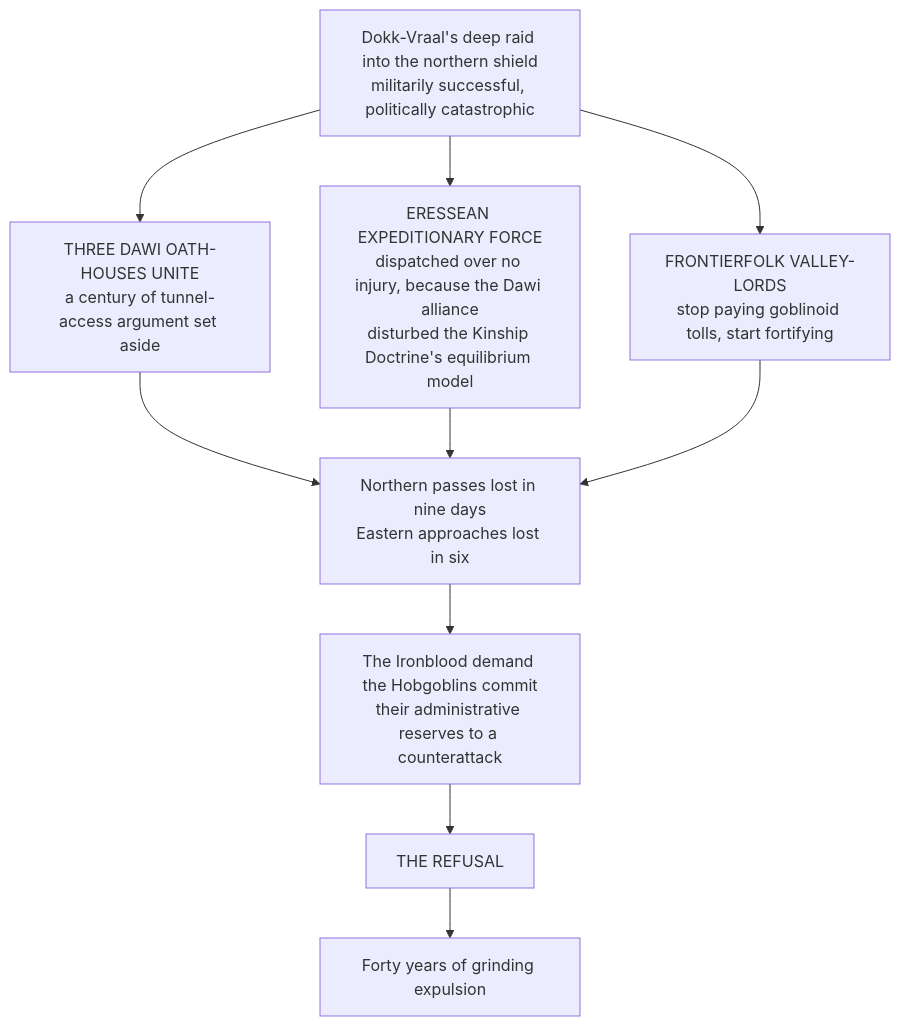
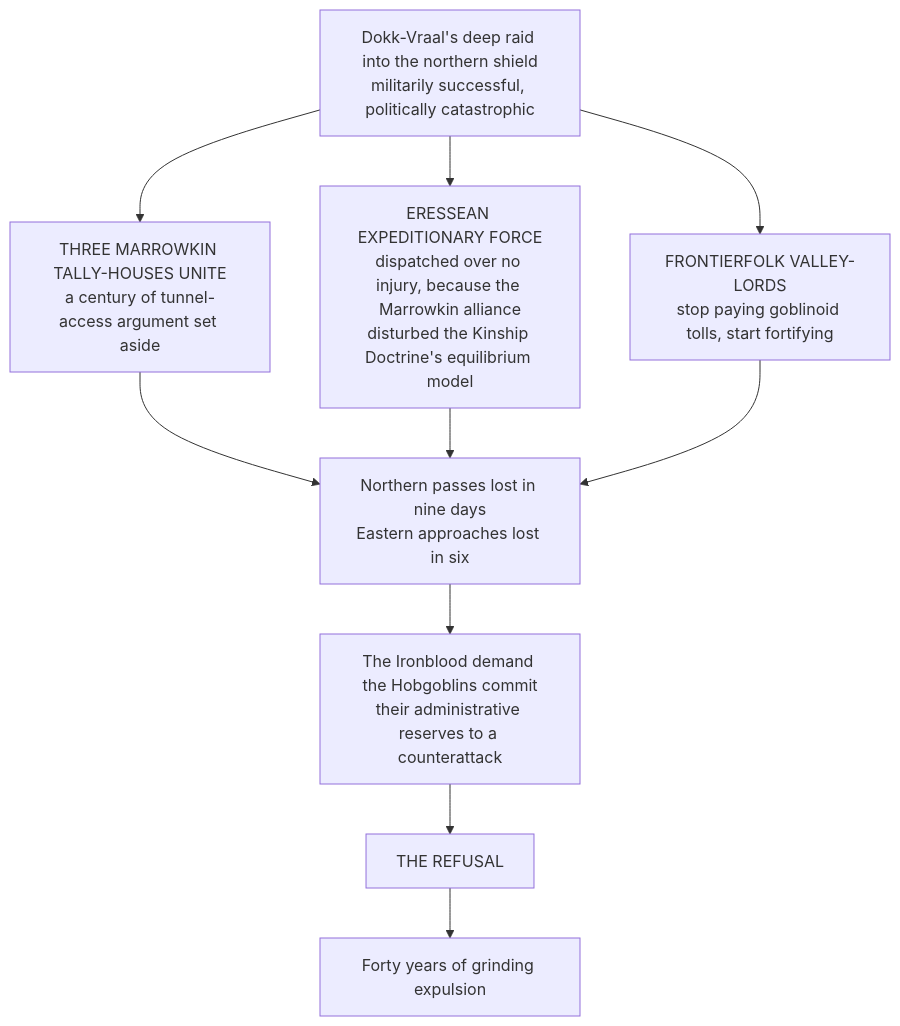
One commit to vispotvision/wotr-rule-index changed the diagram in wiki/Geography & the Four Quarters/The Bearing and the Holding/Isles and Archipelagos/The Hobgoblin Expanse.md. Above: the diagram before and after it, drawn with Mermaid. The commit also changed other lines of this file and 138 other files, not shown here.

````diff
--- a/wiki/Geography & the Four Quarters/The Bearing and the Holding/Isles and Archipelagos/The Hobgoblin Expanse.md
+++ b/wiki/Geography & the Four Quarters/The Bearing and the Holding/Isles and Archipelagos/The Hobgoblin Expanse.md
@@ -45,13 +51,13 @@
 ```mermaid
 flowchart TD
     A["Dokk-Vraal's deep raid into the northern shield<br>militarily successful, politically catastrophic"]
-    A --> B["THREE DAWI OATH-HOUSES UNITE<br>a century of tunnel-access argument set aside"]
-    A --> C["ERESSEAN EXPEDITIONARY FORCE<br>dispatched over no injury, because the Dawi alliance<br>disturbed the Kinship Doctrine's equilibrium model"]
+    A --> B["THREE MARROWKIN TALLY-HOUSES UNITE<br>a century of tunnel-access argument set aside"]
+    A --> C["ERESSEAN EXPEDITIONARY FORCE<br>dispatched over no injury, because the Marrowkin alliance<br>disturbed the Kinship Doctrine's equilibrium model"]
     A --> D["FRONTIERFOLK VALLEY-LORDS<br>stop paying goblinoid tolls, start fortifying"]
     B --> E["Northern passes lost in nine days<br>Eastern approaches lost in six"]
     C --> E
     D --> E
     E --> F["The Ironblood demand the Hobgoblins commit<br>their administrative reserves to a counterattack"]
     F --> G["THE REFUSAL"]
     G --> H["Forty years of grinding expulsion"]
 ```
````
